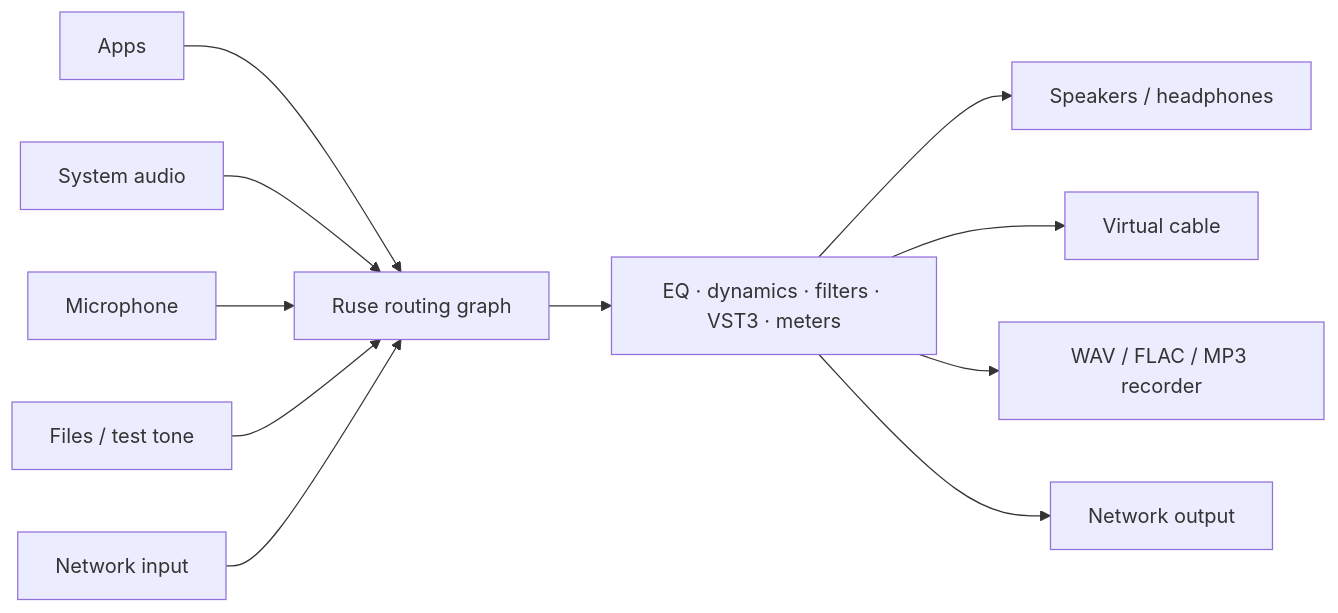
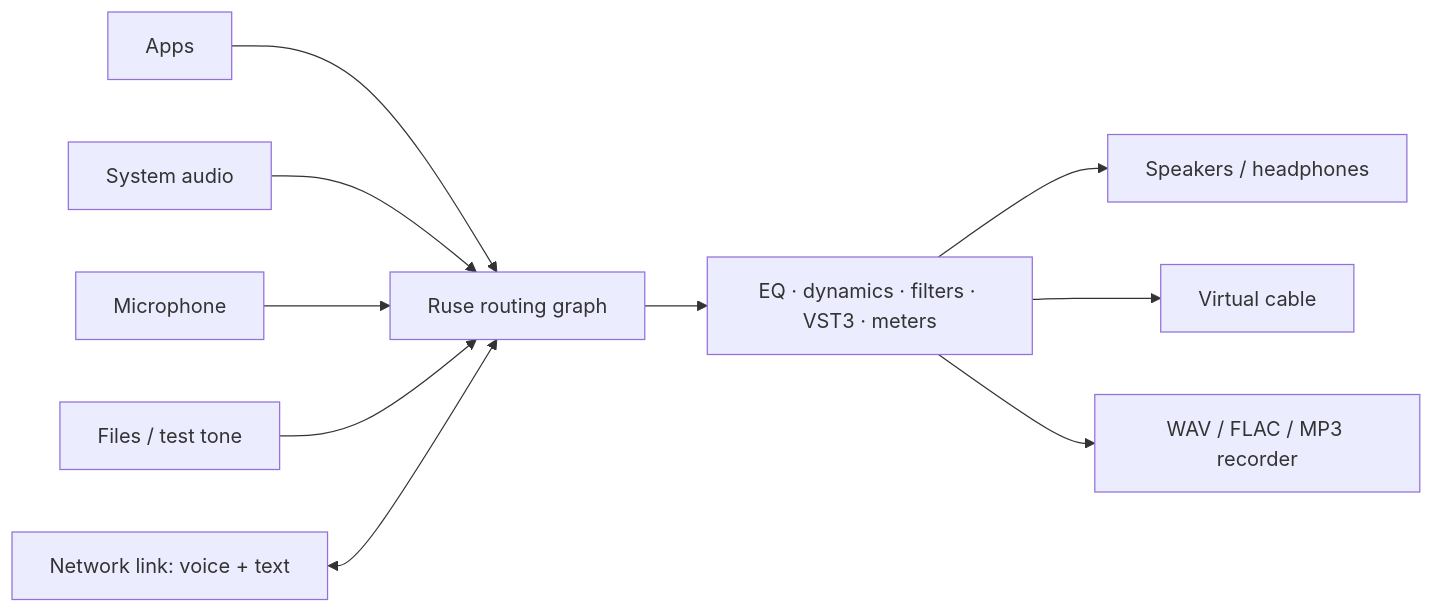
The diagram in README.md (fer-RR/ruse), drawn with Mermaid before and after one commit. The commit also changed other lines of this file and 120 other files, not shown here.

````diff
--- a/README.md
+++ b/README.md
@@ -79,13 +79,12 @@
 ```mermaid
 flowchart LR
     A[Apps] --> G[Ruse routing graph]
     B[System audio] --> G
     C[Microphone] --> G
     D[Files / test tone] --> G
-    E[Network input] --> G
+    N[Network link: voice + text] <--> G
     G --> F[EQ · dynamics · filters · VST3 · meters]
     F --> H[Speakers / headphones]
     F --> I[Virtual cable]
     F --> J[WAV / FLAC / MP3 recorder]
-    F --> K[Network output]
 ```
````
